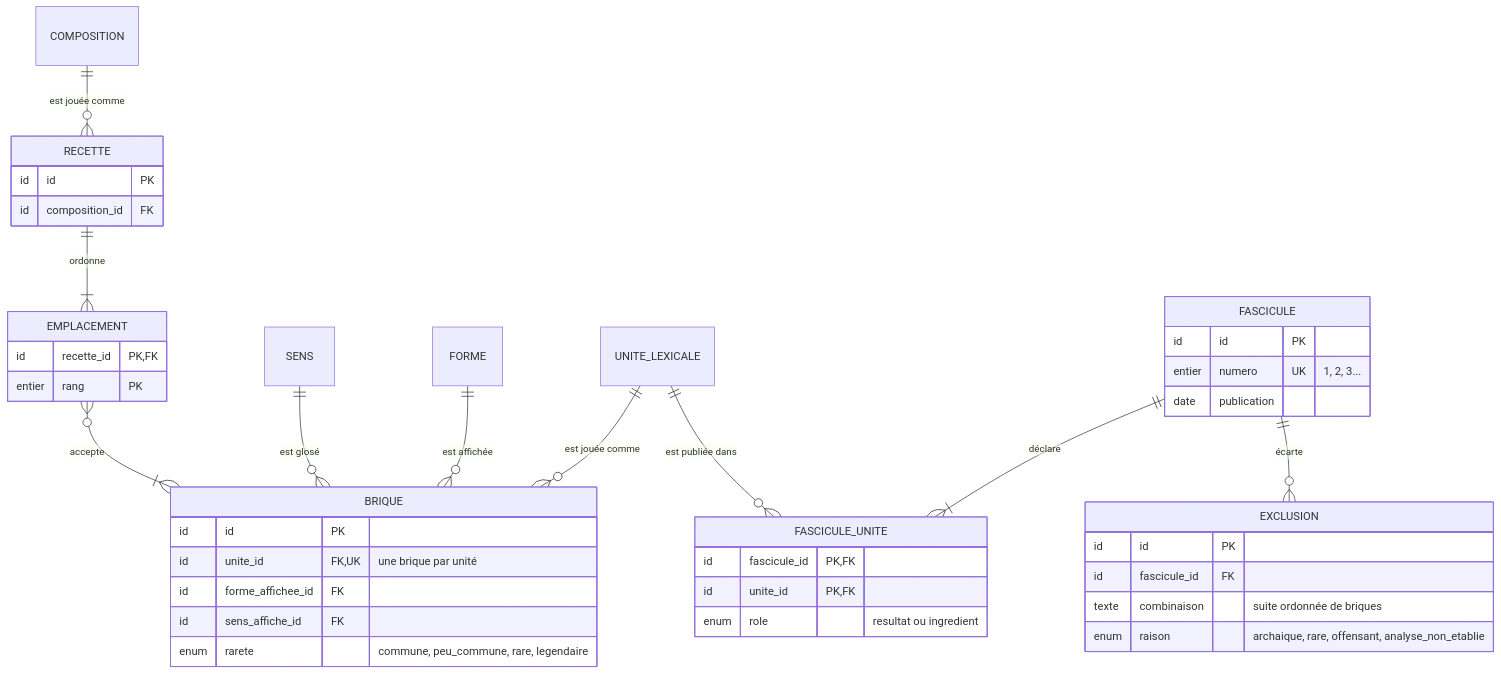
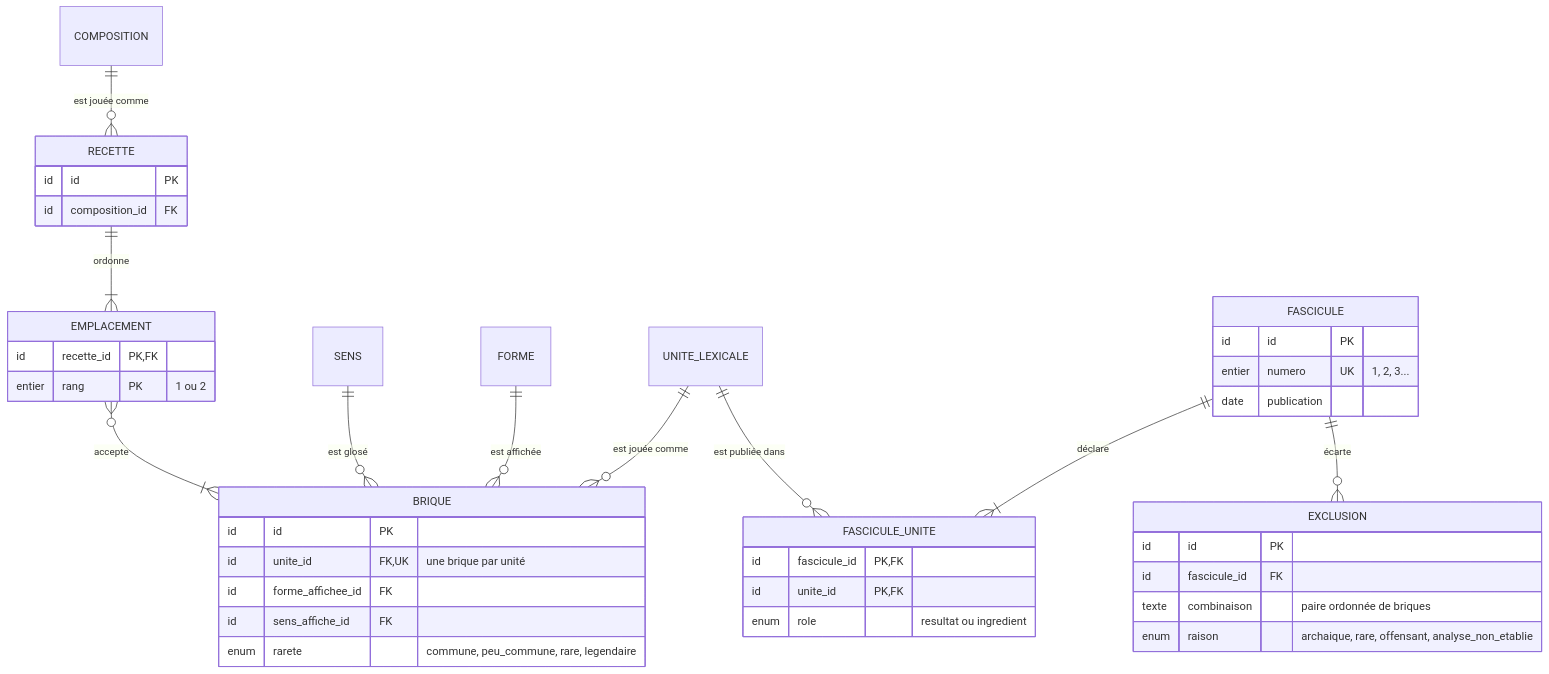
The sixth of 8 diagrams in docs/modele-donnees.md (EtymoLogique/Design), drawn with Mermaid before and after one commit. The commit also changed other lines of this file and 11 other files, not shown here.

````diff
--- a/docs/modele-donnees.md
+++ b/docs/modele-donnees.md
@@ -307,44 +307,44 @@
 ```mermaid
 erDiagram
     UNITE_LEXICALE ||--o{ BRIQUE : "est jouée comme"
     FORME ||--o{ BRIQUE : "est affichée"
     SENS ||--o{ BRIQUE : "est glosé"
     COMPOSITION ||--o{ RECETTE : "est jouée comme"
     RECETTE ||--|{ EMPLACEMENT : "ordonne"
     EMPLACEMENT }o--|{ BRIQUE : "accepte"
     FASCICULE ||--|{ FASCICULE_UNITE : "déclare"
     UNITE_LEXICALE ||--o{ FASCICULE_UNITE : "est publiée dans"
     FASCICULE ||--o{ EXCLUSION : "écarte"
 
     BRIQUE {
         id id PK
         id unite_id FK, UK "une brique par unité"
         id forme_affichee_id FK
         id sens_affiche_id FK
         enum rarete "commune, peu_commune, rare, legendaire"
     }
     RECETTE {
         id id PK
         id composition_id FK
     }
     EMPLACEMENT {
         id recette_id PK, FK
-        entier rang PK
+        entier rang PK "1 ou 2"
     }
     FASCICULE {
         id id PK
         entier numero UK "1, 2, 3..."
         date publication
     }
     FASCICULE_UNITE {
         id fascicule_id PK, FK
         id unite_id PK, FK
         enum role "resultat ou ingredient"
     }
     EXCLUSION {
         id id PK
         id fascicule_id FK
-        texte combinaison "suite ordonnée de briques"
+        texte combinaison "paire ordonnée de briques"
         enum raison "archaique, rare, offensant, analyse_non_etablie"
     }
 ```
````
